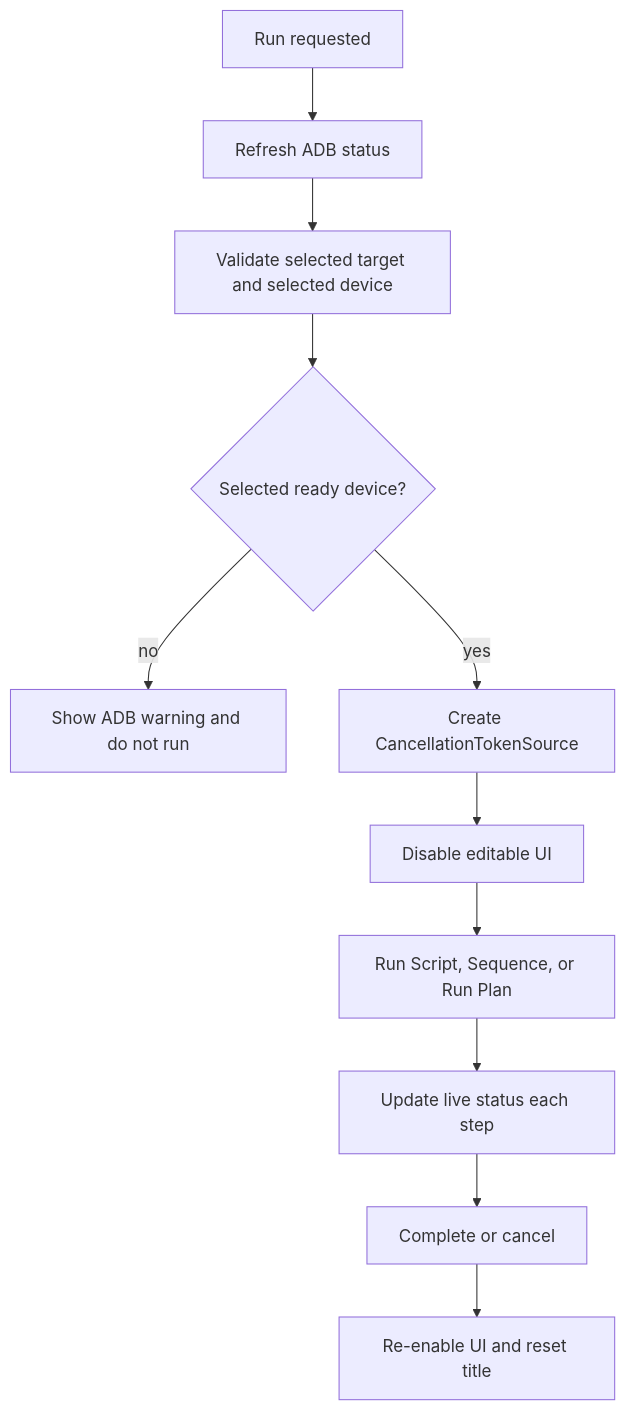
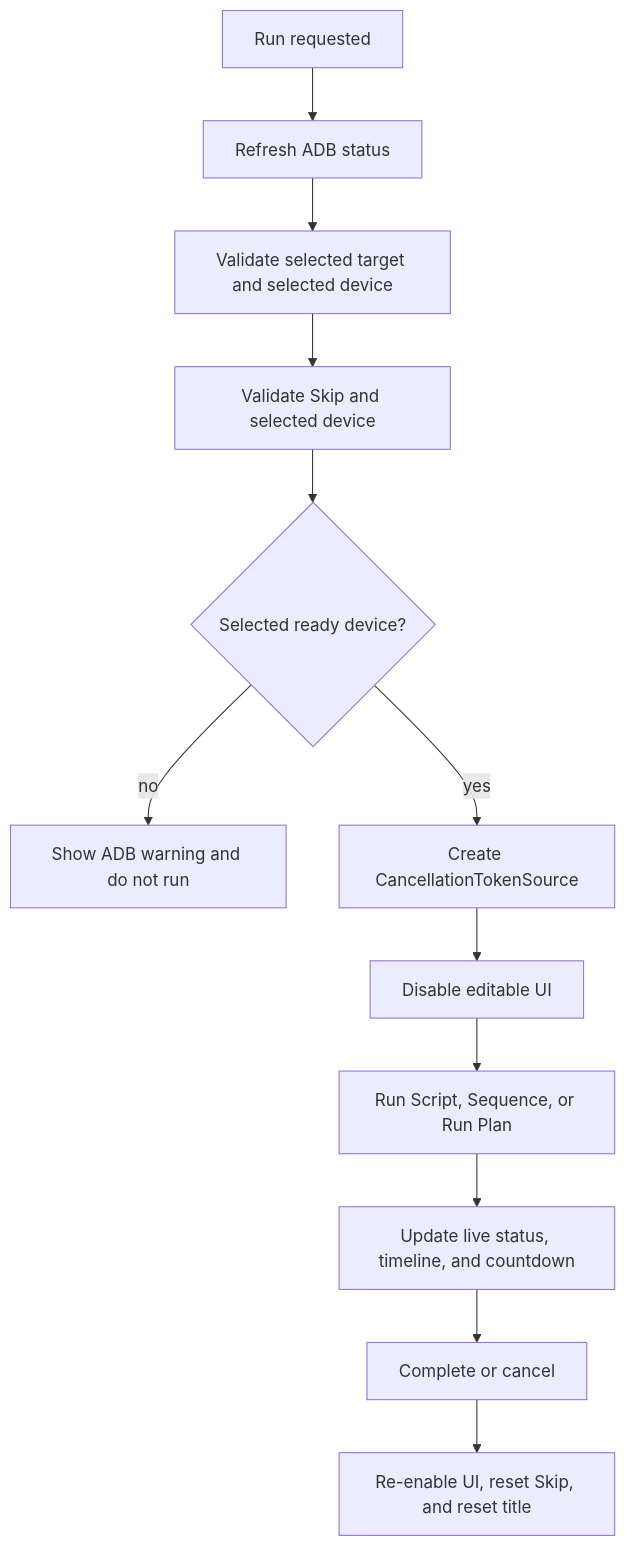
Before and after one commit to okp1988/Lazy_App_Codex_Core: the fourth of 4 diagrams in docs/ARCHITECTURE.md, drawn with Mermaid. The commit also changed other lines of this file and 13 other files, not shown here.

First line of the commit message:
Enhance RunSetControl with Skip and Countdown Features

````diff
--- a/docs/ARCHITECTURE.md
+++ b/docs/ARCHITECTURE.md
@@ -164,13 +173,14 @@
 ```mermaid
 flowchart TD
     A["Run requested"] --> B["Refresh ADB status"]
     B --> C["Validate selected target and selected device"]
-    C --> D{"Selected ready device?"}
-    D -->|no| E["Show ADB warning and do not run"]
-    D -->|yes| F["Create CancellationTokenSource"]
-    F --> G["Disable editable UI"]
-    G --> H["Run Script, Sequence, or Run Plan"]
-    H --> I["Update live status each step"]
-    I --> J["Complete or cancel"]
-    J --> K["Re-enable UI and reset title"]
+    C --> D["Validate Skip and selected device"]
+    D --> E{"Selected ready device?"}
+    E -->|no| F["Show ADB warning and do not run"]
+    E -->|yes| G["Create CancellationTokenSource"]
+    G --> H["Disable editable UI"]
+    H --> I["Run Script, Sequence, or Run Plan"]
+    I --> J["Update live status, timeline, and countdown"]
+    J --> K["Complete or cancel"]
+    K --> L["Re-enable UI, reset Skip, and reset title"]
 ```
````
